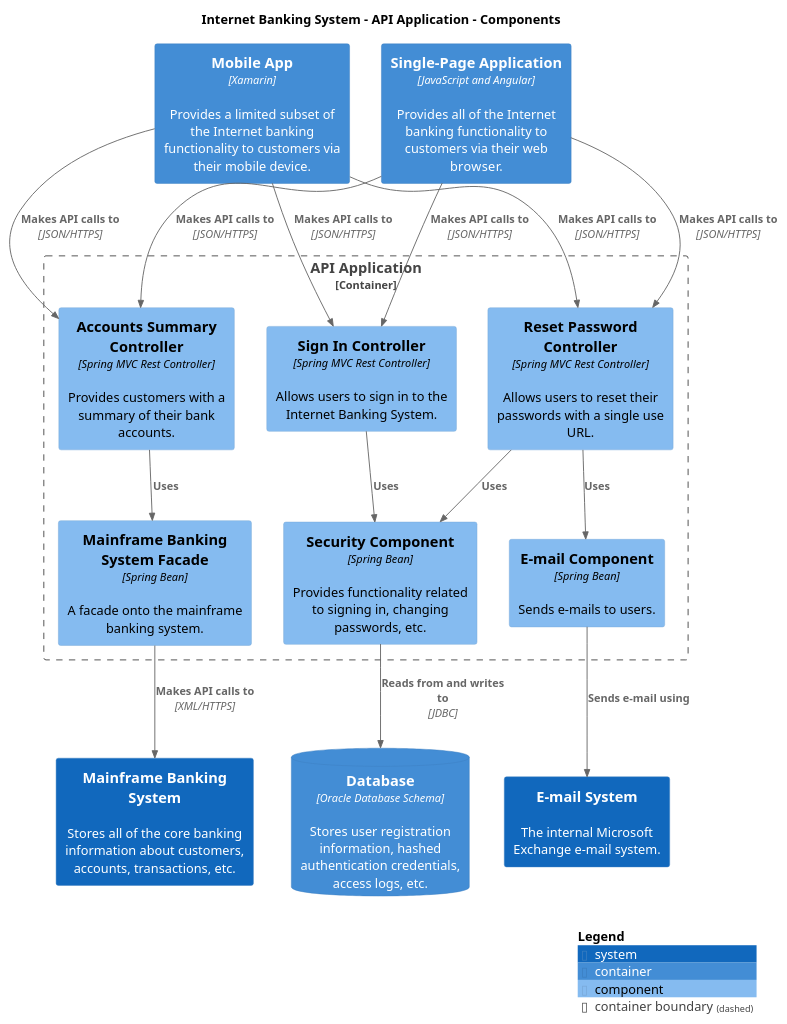
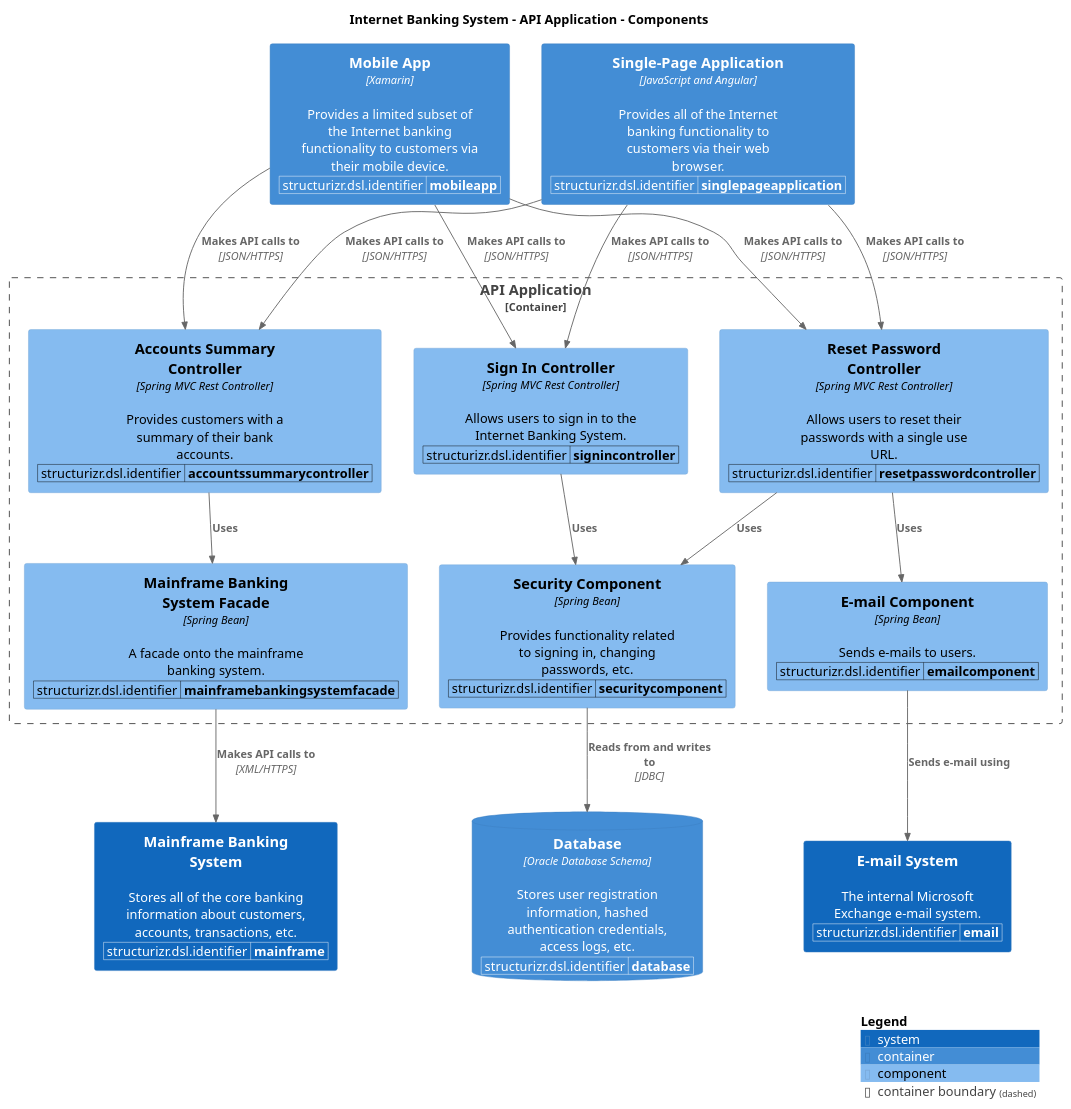
One commit to avisi-cloud/structurizr-site-generatr changed the diagram in puml/Components-Components.puml. Above: the diagram before and after it, drawn with PlantUML. The commit also changed 78 other files, not shown here.

```diff
--- a/puml/Components-Components.puml
+++ b/puml/Components-Components.puml
@@ -1,43 +1,66 @@
 @startuml
+set separator none
 title Internet Banking System - API Application - Components
 
 top to bottom direction
 
 !include https://raw.githubusercontent.com/plantuml-stdlib/C4-PlantUML/master/C4.puml
 !include https://raw.githubusercontent.com/plantuml-stdlib/C4-PlantUML/master/C4_Context.puml
 !include https://raw.githubusercontent.com/plantuml-stdlib/C4-PlantUML/master/C4_Container.puml
 !include https://raw.githubusercontent.com/plantuml-stdlib/C4-PlantUML/master/C4_Component.puml
 
 skinparam svgDimensionStyle false
 skinparam preserveAspectRatio meet
+WithoutPropertyHeader()
+AddProperty("structurizr.dsl.identifier","mainframe")
 System(MainframeBankingSystem, "Mainframe Banking System", "Stores all of the core banking information about customers, accounts, transactions, etc.", $tags="")[[../../mainframe-banking-system/context/]]
+WithoutPropertyHeader()
+AddProperty("structurizr.dsl.identifier","email")
 System(EmailSystem, "E-mail System", "The internal Microsoft Exchange e-mail system.", $tags="")[[../../e-mail-system/context/]]
+WithoutPropertyHeader()
+AddProperty("structurizr.dsl.identifier","database")
 ContainerDb(InternetBankingSystem.Database, "Database", "Oracle Database Schema", "Stores user registration information, hashed authentication credentials, access logs, etc.", $tags="")
+WithoutPropertyHeader()
+AddProperty("structurizr.dsl.identifier","singlepageapplication")
 Container(InternetBankingSystem.SinglePageApplication, "Single-Page Application", "JavaScript and Angular", "Provides all of the Internet banking functionality to customers via their web browser.", $tags="")
+WithoutPropertyHeader()
+AddProperty("structurizr.dsl.identifier","mobileapp")
 Container(InternetBankingSystem.MobileApp, "Mobile App", "Xamarin", "Provides a limited subset of the Internet banking functionality to customers via their mobile device.", $tags="")
 
 Container_Boundary("InternetBankingSystem.APIApplication_boundary", "API Application", $tags="") {
+  WithoutPropertyHeader()
+  AddProperty("structurizr.dsl.identifier","signincontroller")
   Component(InternetBankingSystem.APIApplication.SignInController, "Sign In Controller", "Spring MVC Rest Controller", "Allows users to sign in to the Internet Banking System.", $tags="")
+  WithoutPropertyHeader()
+  AddProperty("structurizr.dsl.identifier","accountssummarycontroller")
   Component(InternetBankingSystem.APIApplication.AccountsSummaryController, "Accounts Summary Controller", "Spring MVC Rest Controller", "Provides customers with a summary of their bank accounts.", $tags="")
+  WithoutPropertyHeader()
+  AddProperty("structurizr.dsl.identifier","resetpasswordcontroller")
   Component(InternetBankingSystem.APIApplication.ResetPasswordController, "Reset Password Controller", "Spring MVC Rest Controller", "Allows users to reset their passwords with a single use URL.", $tags="")
+  WithoutPropertyHeader()
+  AddProperty("structurizr.dsl.identifier","securitycomponent")
   Component(InternetBankingSystem.APIApplication.SecurityComponent, "Security Component", "Spring Bean", "Provides functionality related to signing in, changing passwords, etc.", $tags="")
+  WithoutPropertyHeader()
+  AddProperty("structurizr.dsl.identifier","mainframebankingsystemfacade")
   Component(InternetBankingSystem.APIApplication.MainframeBankingSystemFacade, "Mainframe Banking System Facade", "Spring Bean", "A facade onto the mainframe banking system.", $tags="")
+  WithoutPropertyHeader()
+  AddProperty("structurizr.dsl.identifier","emailcomponent")
   Component(InternetBankingSystem.APIApplication.EmailComponent, "E-mail Component", "Spring Bean", "Sends e-mails to users.", $tags="")
 }
 
 Rel_D(InternetBankingSystem.SinglePageApplication, InternetBankingSystem.APIApplication.SignInController, "Makes API calls to", "JSON/HTTPS", $tags="")
 Rel_D(InternetBankingSystem.SinglePageApplication, InternetBankingSystem.APIApplication.AccountsSummaryController, "Makes API calls to", "JSON/HTTPS", $tags="")
 Rel_D(InternetBankingSystem.SinglePageApplication, InternetBankingSystem.APIApplication.ResetPasswordController, "Makes API calls to", "JSON/HTTPS", $tags="")
 Rel_D(InternetBankingSystem.MobileApp, InternetBankingSystem.APIApplication.SignInController, "Makes API calls to", "JSON/HTTPS", $tags="")
 Rel_D(InternetBankingSystem.MobileApp, InternetBankingSystem.APIApplication.AccountsSummaryController, "Makes API calls to", "JSON/HTTPS", $tags="")
 Rel_D(InternetBankingSystem.MobileApp, InternetBankingSystem.APIApplication.ResetPasswordController, "Makes API calls to", "JSON/HTTPS", $tags="")
 Rel_D(InternetBankingSystem.APIApplication.SignInController, InternetBankingSystem.APIApplication.SecurityComponent, "Uses", $tags="")
 Rel_D(InternetBankingSystem.APIApplication.AccountsSummaryController, InternetBankingSystem.APIApplication.MainframeBankingSystemFacade, "Uses", $tags="")
 Rel_D(InternetBankingSystem.APIApplication.ResetPasswordController, InternetBankingSystem.APIApplication.SecurityComponent, "Uses", $tags="")
 Rel_D(InternetBankingSystem.APIApplication.ResetPasswordController, InternetBankingSystem.APIApplication.EmailComponent, "Uses", $tags="")
 Rel_D(InternetBankingSystem.APIApplication.SecurityComponent, InternetBankingSystem.Database, "Reads from and writes to", "JDBC", $tags="")
 Rel_D(InternetBankingSystem.APIApplication.MainframeBankingSystemFacade, MainframeBankingSystem, "Makes API calls to", "XML/HTTPS", $tags="")
 Rel_D(InternetBankingSystem.APIApplication.EmailComponent, EmailSystem, "Sends e-mail using", $tags="")
 
 SHOW_LEGEND(true)
 @enduml
```
